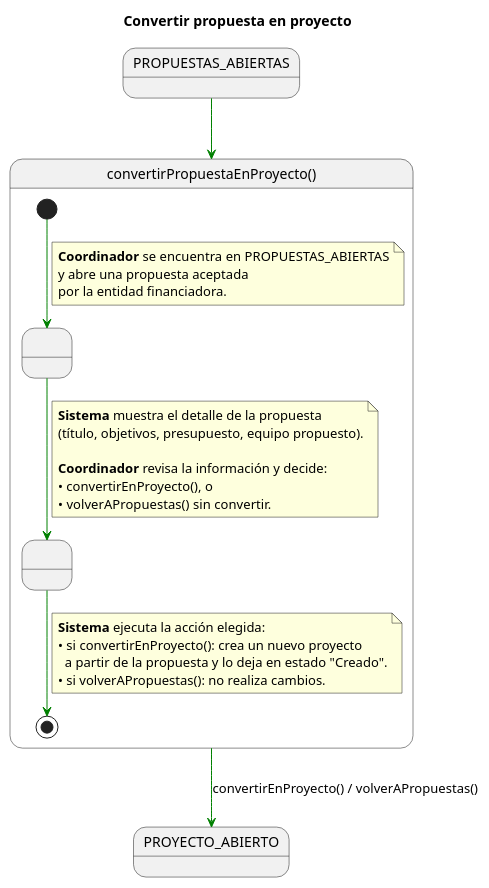
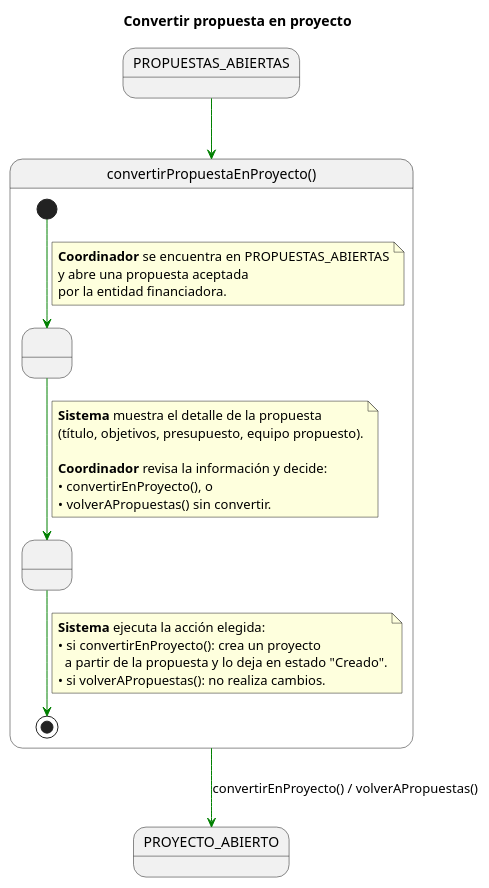
Before and after one commit to 31Diego/25-26-IdSw1-SdR: the diagram in documents/CasosDeUso/DetalladoCasosDeUso/Coordinador/convertirPropuestaEnProyecto().puml, drawn with PlantUML. The commit also changed 9 other files, not shown here.

Commit message:
refactor: actualizar terminología a convención CRUD en todos los diagramas

```diff
--- a/documents/CasosDeUso/DetalladoCasosDeUso/Coordinador/convertirPropuestaEnProyecto().puml
+++ b/documents/CasosDeUso/DetalladoCasosDeUso/Coordinador/convertirPropuestaEnProyecto().puml
@@ -1,43 +1,43 @@
 @startuml ConvertirPropuestaEnProyecto
 title Convertir propuesta en proyecto
 skinparam linetype polyline
 
 state PROPUESTAS_ABIERTAS_INICIAL as "PROPUESTAS_ABIERTAS"
 state PROYECTO_ABIERTO_FINAL      as "PROYECTO_ABIERTO"
 
 PROPUESTAS_ABIERTAS_INICIAL -[#green]-> convertirPropuestaEnProyecto
 
 state convertirPropuestaEnProyecto as "convertirPropuestaEnProyecto()" {
 
     state " " as RevisarPropuesta
     state " " as ConfirmarConversion
 
     [*] -[#green]-> RevisarPropuesta
     note on link
     <b>Coordinador</b> se encuentra en PROPUESTAS_ABIERTAS
     y abre una propuesta aceptada
     por la entidad financiadora.
     end note
 
     RevisarPropuesta -[#green]-> ConfirmarConversion
     note on link
     <b>Sistema</b> muestra el detalle de la propuesta
     (título, objetivos, presupuesto, equipo propuesto).
 
     <b>Coordinador</b> revisa la información y decide:
     • convertirEnProyecto(), o
     • volverAPropuestas() sin convertir.
     end note
 
     ConfirmarConversion -[#green]-> [*]
     note on link
     <b>Sistema</b> ejecuta la acción elegida:
-    • si convertirEnProyecto(): crea un nuevo proyecto
+    • si convertirEnProyecto(): crea un proyecto
       a partir de la propuesta y lo deja en estado "Creado".
     • si volverAPropuestas(): no realiza cambios.
     end note
 }
 
 convertirPropuestaEnProyecto -[#green]-> PROYECTO_ABIERTO_FINAL : convertirEnProyecto() / volverAPropuestas()
 
 @enduml
```
